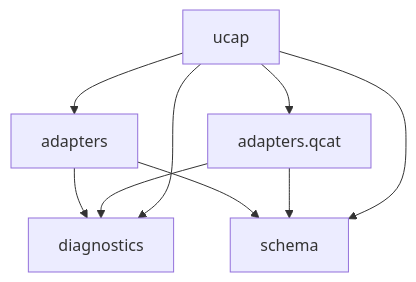
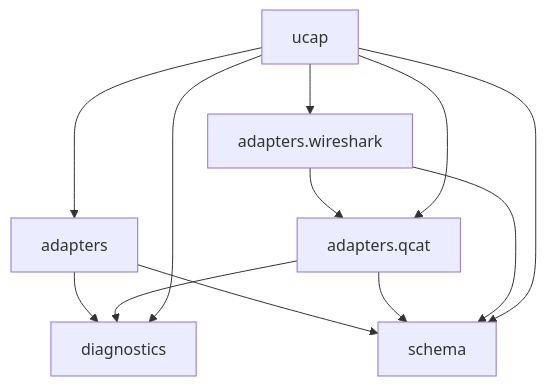
The diagram in docs/compact/MAP.md (kurnoolion/ucap), drawn with Mermaid before and after one commit. The commit also changed other lines of this file and 3 other files, not shown here.

````diff
--- a/docs/compact/MAP.md
+++ b/docs/compact/MAP.md
@@ -17,16 +18,20 @@
 ```mermaid
 flowchart TD
     m_adapters[adapters]
     m_adapters_qcat[adapters.qcat]
+    m_adapters_wireshark[adapters.wireshark]
     m_diagnostics[diagnostics]
     m_schema[schema]
     m_ucap[ucap]
     m_adapters --> m_diagnostics
     m_adapters --> m_schema
     m_adapters_qcat --> m_diagnostics
     m_adapters_qcat --> m_schema
+    m_adapters_wireshark --> m_adapters_qcat
+    m_adapters_wireshark --> m_schema
     m_ucap --> m_adapters
     m_ucap --> m_adapters_qcat
+    m_ucap --> m_adapters_wireshark
     m_ucap --> m_diagnostics
     m_ucap --> m_schema
 ```
````
